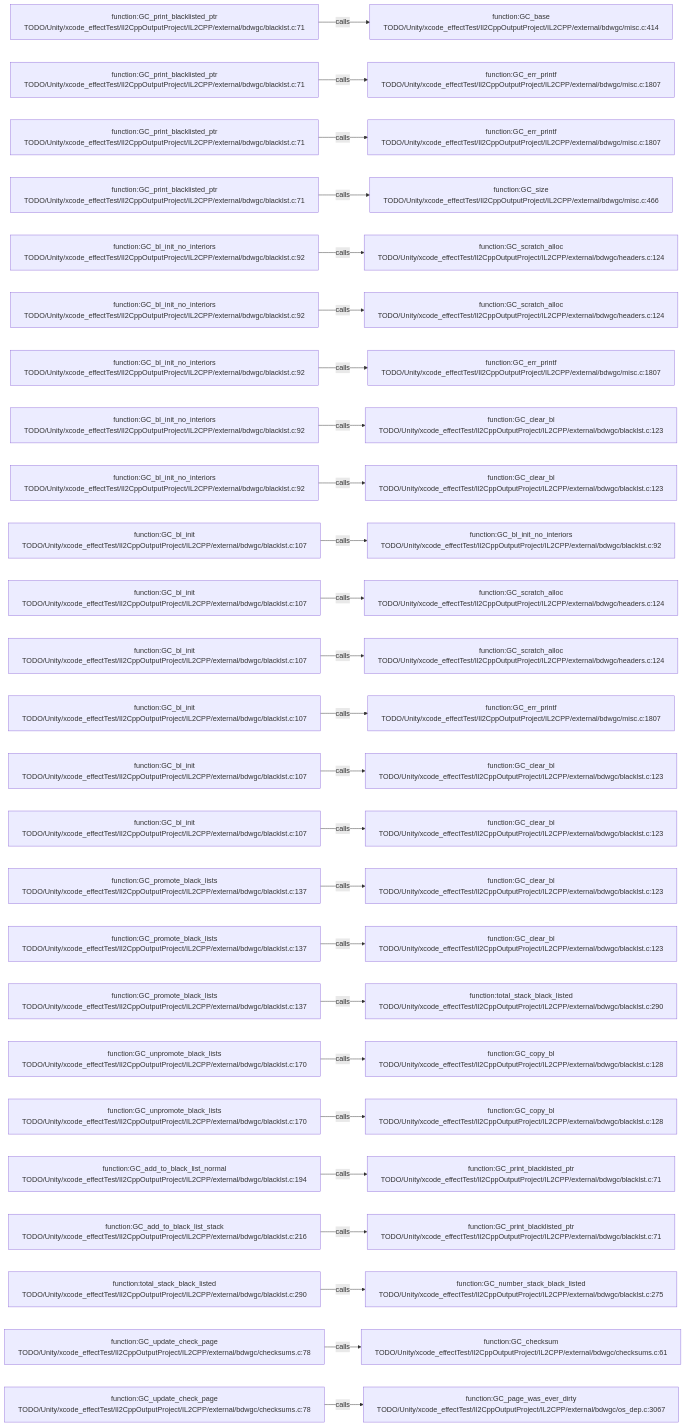
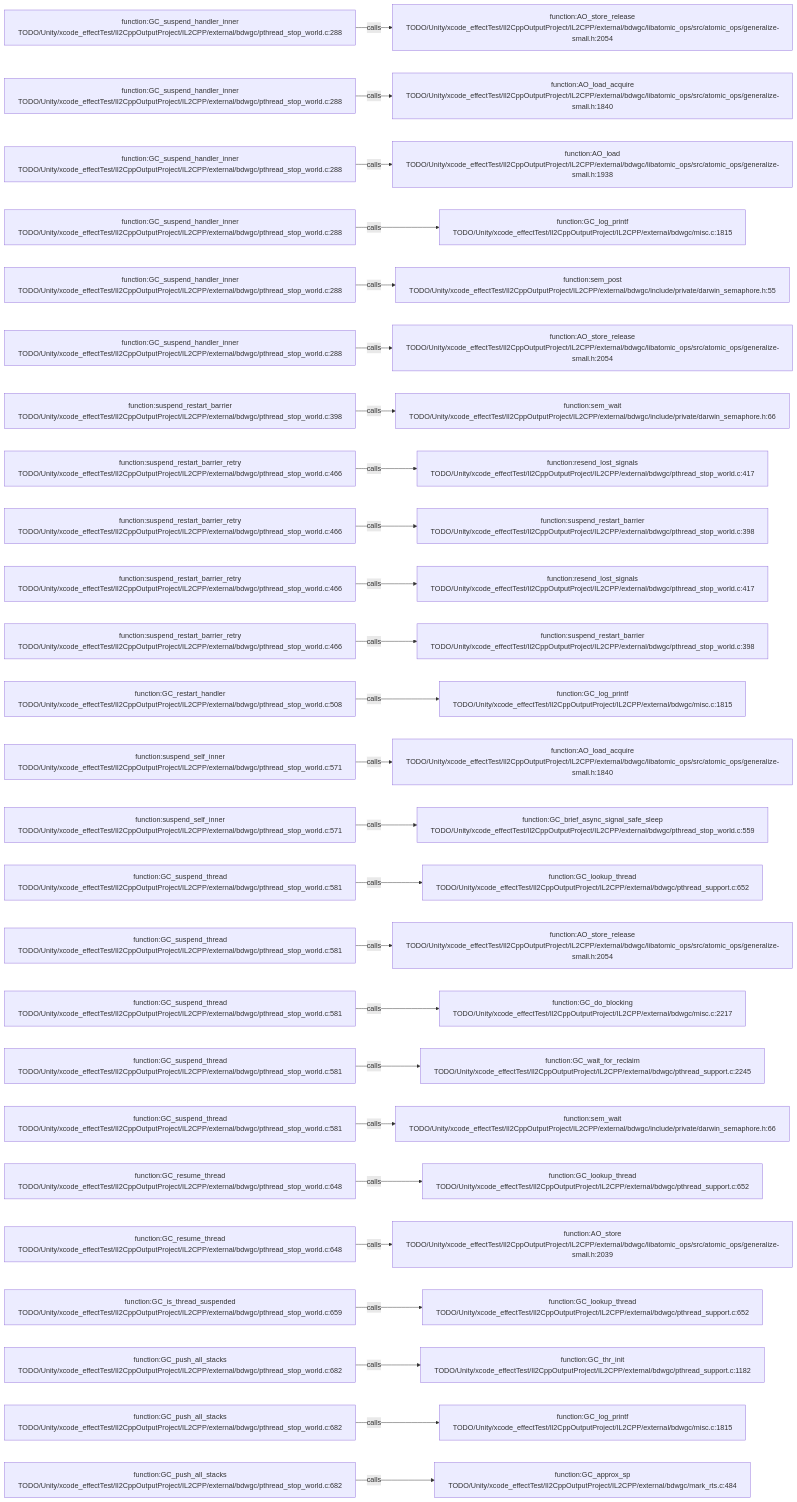
Before and after one commit to JobsKits/JobsSwiftBaseConfigDemo: the diagram in .codegraph/codegraph.md/graphs/calls-149.md, drawn with Mermaid. The commit also changed 227 other files, not shown here.

````diff
--- a/.codegraph/codegraph.md/graphs/calls-149.md
+++ b/.codegraph/codegraph.md/graphs/calls-149.md
@@ -13,78 +13,78 @@
 ```mermaid
 flowchart LR
-  S1["function:GC_print_blacklisted_ptr<br/>TODO/Unity/xcode_effectTest/Il2CppOutputProject/IL2CPP/external/bdwgc/blacklst.c:71"]
-  T1["function:GC_base<br/>TODO/Unity/xcode_effectTest/Il2CppOutputProject/IL2CPP/external/bdwgc/misc.c:414"]
+  S1["function:GC_suspend_handler_inner<br/>TODO/Unity/xcode_effectTest/Il2CppOutputProject/IL2CPP/external/bdwgc/pthread_stop_world.c:288"]
+  T1["function:AO_store_release<br/>TODO/Unity/xcode_effectTest/Il2CppOutputProject/IL2CPP/external/bdwgc/libatomic_ops/src/atomic_ops/generalize-small.h:2054"]
   S1 -->|calls| T1
-  S2["function:GC_print_blacklisted_ptr<br/>TODO/Unity/xcode_effectTest/Il2CppOutputProject/IL2CPP/external/bdwgc/blacklst.c:71"]
-  T2["function:GC_err_printf<br/>TODO/Unity/xcode_effectTest/Il2CppOutputProject/IL2CPP/external/bdwgc/misc.c:1807"]
+  S2["function:GC_suspend_handler_inner<br/>TODO/Unity/xcode_effectTest/Il2CppOutputProject/IL2CPP/external/bdwgc/pthread_stop_world.c:288"]
+  T2["function:AO_load_acquire<br/>TODO/Unity/xcode_effectTest/Il2CppOutputProject/IL2CPP/external/bdwgc/libatomic_ops/src/atomic_ops/generalize-small.h:1840"]
   S2 -->|calls| T2
-  S3["function:GC_print_blacklisted_ptr<br/>TODO/Unity/xcode_effectTest/Il2CppOutputProject/IL2CPP/external/bdwgc/blacklst.c:71"]
-  T3["function:GC_err_printf<br/>TODO/Unity/xcode_effectTest/Il2CppOutputProject/IL2CPP/external/bdwgc/misc.c:1807"]
+  S3["function:GC_suspend_handler_inner<br/>TODO/Unity/xcode_effectTest/Il2CppOutputProject/IL2CPP/external/bdwgc/pthread_stop_world.c:288"]
+  T3["function:AO_load<br/>TODO/Unity/xcode_effectTest/Il2CppOutputProject/IL2CPP/external/bdwgc/libatomic_ops/src/atomic_ops/generalize-small.h:1938"]
   S3 -->|calls| T3
-  S4["function:GC_print_blacklisted_ptr<br/>TODO/Unity/xcode_effectTest/Il2CppOutputProject/IL2CPP/external/bdwgc/blacklst.c:71"]
-  T4["function:GC_size<br/>TODO/Unity/xcode_effectTest/Il2CppOutputProject/IL2CPP/external/bdwgc/misc.c:466"]
+  S4["function:GC_suspend_handler_inner<br/>TODO/Unity/xcode_effectTest/Il2CppOutputProject/IL2CPP/external/bdwgc/pthread_stop_world.c:288"]
+  T4["function:GC_log_printf<br/>TODO/Unity/xcode_effectTest/Il2CppOutputProject/IL2CPP/external/bdwgc/misc.c:1815"]
   S4 -->|calls| T4
-  S5["function:GC_bl_init_no_interiors<br/>TODO/Unity/xcode_effectTest/Il2CppOutputProject/IL2CPP/external/bdwgc/blacklst.c:92"]
-  T5["function:GC_scratch_alloc<br/>TODO/Unity/xcode_effectTest/Il2CppOutputProject/IL2CPP/external/bdwgc/headers.c:124"]
+  S5["function:GC_suspend_handler_inner<br/>TODO/Unity/xcode_effectTest/Il2CppOutputProject/IL2CPP/external/bdwgc/pthread_stop_world.c:288"]
+  T5["function:sem_post<br/>TODO/Unity/xcode_effectTest/Il2CppOutputProject/IL2CPP/external/bdwgc/include/private/darwin_semaphore.h:55"]
   S5 -->|calls| T5
-  S6["function:GC_bl_init_no_interiors<br/>TODO/Unity/xcode_effectTest/Il2CppOutputProject/IL2CPP/external/bdwgc/blacklst.c:92"]
-  T6["function:GC_scratch_alloc<br/>TODO/Unity/xcode_effectTest/Il2CppOutputProject/IL2CPP/external/bdwgc/headers.c:124"]
+  S6["function:GC_suspend_handler_inner<br/>TODO/Unity/xcode_effectTest/Il2CppOutputProject/IL2CPP/external/bdwgc/pthread_stop_world.c:288"]
+  T6["function:AO_store_release<br/>TODO/Unity/xcode_effectTest/Il2CppOutputProject/IL2CPP/external/bdwgc/libatomic_ops/src/atomic_ops/generalize-small.h:2054"]
   S6 -->|calls| T6
-  S7["function:GC_bl_init_no_interiors<br/>TODO/Unity/xcode_effectTest/Il2CppOutputProject/IL2CPP/external/bdwgc/blacklst.c:92"]
-  T7["function:GC_err_printf<br/>TODO/Unity/xcode_effectTest/Il2CppOutputProject/IL2CPP/external/bdwgc/misc.c:1807"]
+  S7["function:suspend_restart_barrier<br/>TODO/Unity/xcode_effectTest/Il2CppOutputProject/IL2CPP/external/bdwgc/pthread_stop_world.c:398"]
+  T7["function:sem_wait<br/>TODO/Unity/xcode_effectTest/Il2CppOutputProject/IL2CPP/external/bdwgc/include/private/darwin_semaphore.h:66"]
   S7 -->|calls| T7
-  S8["function:GC_bl_init_no_interiors<br/>TODO/Unity/xcode_effectTest/Il2CppOutputProject/IL2CPP/external/bdwgc/blacklst.c:92"]
-  T8["function:GC_clear_bl<br/>TODO/Unity/xcode_effectTest/Il2CppOutputProject/IL2CPP/external/bdwgc/blacklst.c:123"]
+  S8["function:suspend_restart_barrier_retry<br/>TODO/Unity/xcode_effectTest/Il2CppOutputProject/IL2CPP/external/bdwgc/pthread_stop_world.c:466"]
+  T8["function:resend_lost_signals<br/>TODO/Unity/xcode_effectTest/Il2CppOutputProject/IL2CPP/external/bdwgc/pthread_stop_world.c:417"]
   S8 -->|calls| T8
-  S9["function:GC_bl_init_no_interiors<br/>TODO/Unity/xcode_effectTest/Il2CppOutputProject/IL2CPP/external/bdwgc/blacklst.c:92"]
-  T9["function:GC_clear_bl<br/>TODO/Unity/xcode_effectTest/Il2CppOutputProject/IL2CPP/external/bdwgc/blacklst.c:123"]
+  S9["function:suspend_restart_barrier_retry<br/>TODO/Unity/xcode_effectTest/Il2CppOutputProject/IL2CPP/external/bdwgc/pthread_stop_world.c:466"]
+  T9["function:suspend_restart_barrier<br/>TODO/Unity/xcode_effectTest/Il2CppOutputProject/IL2CPP/external/bdwgc/pthread_stop_world.c:398"]
   S9 -->|calls| T9
-  S10["function:GC_bl_init<br/>TODO/Unity/xcode_effectTest/Il2CppOutputProject/IL2CPP/external/bdwgc/blacklst.c:107"]
-  T10["function:GC_bl_init_no_interiors<br/>TODO/Unity/xcode_effectTest/Il2CppOutputProject/IL2CPP/external/bdwgc/blacklst.c:92"]
+  S10["function:suspend_restart_barrier_retry<br/>TODO/Unity/xcode_effectTest/Il2CppOutputProject/IL2CPP/external/bdwgc/pthread_stop_world.c:466"]
+  T10["function:resend_lost_signals<br/>TODO/Unity/xcode_effectTest/Il2CppOutputProject/IL2CPP/external/bdwgc/pthread_stop_world.c:417"]
   S10 -->|calls| T10
-  S11["function:GC_bl_init<br/>TODO/Unity/xcode_effectTest/Il2CppOutputProject/IL2CPP/external/bdwgc/blacklst.c:107"]
-  T11["function:GC_scratch_alloc<br/>TODO/Unity/xcode_effectTest/Il2CppOutputProject/IL2CPP/external/bdwgc/headers.c:124"]
+  S11["function:suspend_restart_barrier_retry<br/>TODO/Unity/xcode_effectTest/Il2CppOutputProject/IL2CPP/external/bdwgc/pthread_stop_world.c:466"]
+  T11["function:suspend_restart_barrier<br/>TODO/Unity/xcode_effectTest/Il2CppOutputProject/IL2CPP/external/bdwgc/pthread_stop_world.c:398"]
   S11 -->|calls| T11
-  S12["function:GC_bl_init<br/>TODO/Unity/xcode_effectTest/Il2CppOutputProject/IL2CPP/external/bdwgc/blacklst.c:107"]
-  T12["function:GC_scratch_alloc<br/>TODO/Unity/xcode_effectTest/Il2CppOutputProject/IL2CPP/external/bdwgc/headers.c:124"]
+  S12["function:GC_restart_handler<br/>TODO/Unity/xcode_effectTest/Il2CppOutputProject/IL2CPP/external/bdwgc/pthread_stop_world.c:508"]
+  T12["function:GC_log_printf<br/>TODO/Unity/xcode_effectTest/Il2CppOutputProject/IL2CPP/external/bdwgc/misc.c:1815"]
   S12 -->|calls| T12
-  S13["function:GC_bl_init<br/>TODO/Unity/xcode_effectTest/Il2CppOutputProject/IL2CPP/external/bdwgc/blacklst.c:107"]
-  T13["function:GC_err_printf<br/>TODO/Unity/xcode_effectTest/Il2CppOutputProject/IL2CPP/external/bdwgc/misc.c:1807"]
+  S13["function:suspend_self_inner<br/>TODO/Unity/xcode_effectTest/Il2CppOutputProject/IL2CPP/external/bdwgc/pthread_stop_world.c:571"]
+  T13["function:AO_load_acquire<br/>TODO/Unity/xcode_effectTest/Il2CppOutputProject/IL2CPP/external/bdwgc/libatomic_ops/src/atomic_ops/generalize-small.h:1840"]
   S13 -->|calls| T13
-  S14["function:GC_bl_init<br/>TODO/Unity/xcode_effectTest/Il2CppOutputProject/IL2CPP/external/bdwgc/blacklst.c:107"]
-  T14["function:GC_clear_bl<br/>TODO/Unity/xcode_effectTest/Il2CppOutputProject/IL2CPP/external/bdwgc/blacklst.c:123"]
+  S14["function:suspend_self_inner<br/>TODO/Unity/xcode_effectTest/Il2CppOutputProject/IL2CPP/external/bdwgc/pthread_stop_world.c:571"]
+  T14["function:GC_brief_async_signal_safe_sleep<br/>TODO/Unity/xcode_effectTest/Il2CppOutputProject/IL2CPP/external/bdwgc/pthread_stop_world.c:559"]
   S14 -->|calls| T14
-  S15["function:GC_bl_init<br/>TODO/Unity/xcode_effectTest/Il2CppOutputProject/IL2CPP/external/bdwgc/blacklst.c:107"]
-  T15["function:GC_clear_bl<br/>TODO/Unity/xcode_effectTest/Il2CppOutputProject/IL2CPP/external/bdwgc/blacklst.c:123"]
+  S15["function:GC_suspend_thread<br/>TODO/Unity/xcode_effectTest/Il2CppOutputProject/IL2CPP/external/bdwgc/pthread_stop_world.c:581"]
+  T15["function:GC_lookup_thread<br/>TODO/Unity/xcode_effectTest/Il2CppOutputProject/IL2CPP/external/bdwgc/pthread_support.c:652"]
   S15 -->|calls| T15
-  S16["function:GC_promote_black_lists<br/>TODO/Unity/xcode_effectTest/Il2CppOutputProject/IL2CPP/external/bdwgc/blacklst.c:137"]
-  T16["function:GC_clear_bl<br/>TODO/Unity/xcode_effectTest/Il2CppOutputProject/IL2CPP/external/bdwgc/blacklst.c:123"]
+  S16["function:GC_suspend_thread<br/>TODO/Unity/xcode_effectTest/Il2CppOutputProject/IL2CPP/external/bdwgc/pthread_stop_world.c:581"]
+  T16["function:AO_store_release<br/>TODO/Unity/xcode_effectTest/Il2CppOutputProject/IL2CPP/external/bdwgc/libatomic_ops/src/atomic_ops/generalize-small.h:2054"]
   S16 -->|calls| T16
-  S17["function:GC_promote_black_lists<br/>TODO/Unity/xcode_effectTest/Il2CppOutputProject/IL2CPP/external/bdwgc/blacklst.c:137"]
-  T17["function:GC_clear_bl<br/>TODO/Unity/xcode_effectTest/Il2CppOutputProject/IL2CPP/external/bdwgc/blacklst.c:123"]
+  S17["function:GC_suspend_thread<br/>TODO/Unity/xcode_effectTest/Il2CppOutputProject/IL2CPP/external/bdwgc/pthread_stop_world.c:581"]
+  T17["function:GC_do_blocking<br/>TODO/Unity/xcode_effectTest/Il2CppOutputProject/IL2CPP/external/bdwgc/misc.c:2217"]
   S17 -->|calls| T17
-  S18["function:GC_promote_black_lists<br/>TODO/Unity/xcode_effectTest/Il2CppOutputProject/IL2CPP/external/bdwgc/blacklst.c:137"]
-  T18["function:total_stack_black_listed<br/>TODO/Unity/xcode_effectTest/Il2CppOutputProject/IL2CPP/external/bdwgc/blacklst.c:290"]
+  S18["function:GC_suspend_thread<br/>TODO/Unity/xcode_effectTest/Il2CppOutputProject/IL2CPP/external/bdwgc/pthread_stop_world.c:581"]
+  T18["function:GC_wait_for_reclaim<br/>TODO/Unity/xcode_effectTest/Il2CppOutputProject/IL2CPP/external/bdwgc/pthread_support.c:2245"]
   S18 -->|calls| T18
-  S19["function:GC_unpromote_black_lists<br/>TODO/Unity/xcode_effectTest/Il2CppOutputProject/IL2CPP/external/bdwgc/blacklst.c:170"]
-  T19["function:GC_copy_bl<br/>TODO/Unity/xcode_effectTest/Il2CppOutputProject/IL2CPP/external/bdwgc/blacklst.c:128"]
+  S19["function:GC_suspend_thread<br/>TODO/Unity/xcode_effectTest/Il2CppOutputProject/IL2CPP/external/bdwgc/pthread_stop_world.c:581"]
+  T19["function:sem_wait<br/>TODO/Unity/xcode_effectTest/Il2CppOutputProject/IL2CPP/external/bdwgc/include/private/darwin_semaphore.h:66"]
   S19 -->|calls| T19
-  S20["function:GC_unpromote_black_lists<br/>TODO/Unity/xcode_effectTest/Il2CppOutputProject/IL2CPP/external/bdwgc/blacklst.c:170"]
-  T20["function:GC_copy_bl<br/>TODO/Unity/xcode_effectTest/Il2CppOutputProject/IL2CPP/external/bdwgc/blacklst.c:128"]
+  S20["function:GC_resume_thread<br/>TODO/Unity/xcode_effectTest/Il2CppOutputProject/IL2CPP/external/bdwgc/pthread_stop_world.c:648"]
+  T20["function:GC_lookup_thread<br/>TODO/Unity/xcode_effectTest/Il2CppOutputProject/IL2CPP/external/bdwgc/pthread_support.c:652"]
   S20 -->|calls| T20
-  S21["function:GC_add_to_black_list_normal<br/>TODO/Unity/xcode_effectTest/Il2CppOutputProject/IL2CPP/external/bdwgc/blacklst.c:194"]
-  T21["function:GC_print_blacklisted_ptr<br/>TODO/Unity/xcode_effectTest/Il2CppOutputProject/IL2CPP/external/bdwgc/blacklst.c:71"]
+  S21["function:GC_resume_thread<br/>TODO/Unity/xcode_effectTest/Il2CppOutputProject/IL2CPP/external/bdwgc/pthread_stop_world.c:648"]
+  T21["function:AO_store<br/>TODO/Unity/xcode_effectTest/Il2CppOutputProject/IL2CPP/external/bdwgc/libatomic_ops/src/atomic_ops/generalize-small.h:2039"]
   S21 -->|calls| T21
-  S22["function:GC_add_to_black_list_stack<br/>TODO/Unity/xcode_effectTest/Il2CppOutputProject/IL2CPP/external/bdwgc/blacklst.c:216"]
-  T22["function:GC_print_blacklisted_ptr<br/>TODO/Unity/xcode_effectTest/Il2CppOutputProject/IL2CPP/external/bdwgc/blacklst.c:71"]
+  S22["function:GC_is_thread_suspended<br/>TODO/Unity/xcode_effectTest/Il2CppOutputProject/IL2CPP/external/bdwgc/pthread_stop_world.c:659"]
+  T22["function:GC_lookup_thread<br/>TODO/Unity/xcode_effectTest/Il2CppOutputProject/IL2CPP/external/bdwgc/pthread_support.c:652"]
   S22 -->|calls| T22
-  S23["function:total_stack_black_listed<br/>TODO/Unity/xcode_effectTest/Il2CppOutputProject/IL2CPP/external/bdwgc/blacklst.c:290"]
-  T23["function:GC_number_stack_black_listed<br/>TODO/Unity/xcode_effectTest/Il2CppOutputProject/IL2CPP/external/bdwgc/blacklst.c:275"]
+  S23["function:GC_push_all_stacks<br/>TODO/Unity/xcode_effectTest/Il2CppOutputProject/IL2CPP/external/bdwgc/pthread_stop_world.c:682"]
+  T23["function:GC_thr_init<br/>TODO/Unity/xcode_effectTest/Il2CppOutputProject/IL2CPP/external/bdwgc/pthread_support.c:1182"]
   S23 -->|calls| T23
-  S24["function:GC_update_check_page<br/>TODO/Unity/xcode_effectTest/Il2CppOutputProject/IL2CPP/external/bdwgc/checksums.c:78"]
-  T24["function:GC_checksum<br/>TODO/Unity/xcode_effectTest/Il2CppOutputProject/IL2CPP/external/bdwgc/checksums.c:61"]
+  S24["function:GC_push_all_stacks<br/>TODO/Unity/xcode_effectTest/Il2CppOutputProject/IL2CPP/external/bdwgc/pthread_stop_world.c:682"]
+  T24["function:GC_log_printf<br/>TODO/Unity/xcode_effectTest/Il2CppOutputProject/IL2CPP/external/bdwgc/misc.c:1815"]
   S24 -->|calls| T24
-  S25["function:GC_update_check_page<br/>TODO/Unity/xcode_effectTest/Il2CppOutputProject/IL2CPP/external/bdwgc/checksums.c:78"]
-  T25["function:GC_page_was_ever_dirty<br/>TODO/Unity/xcode_effectTest/Il2CppOutputProject/IL2CPP/external/bdwgc/os_dep.c:3067"]
+  S25["function:GC_push_all_stacks<br/>TODO/Unity/xcode_effectTest/Il2CppOutputProject/IL2CPP/external/bdwgc/pthread_stop_world.c:682"]
+  T25["function:GC_approx_sp<br/>TODO/Unity/xcode_effectTest/Il2CppOutputProject/IL2CPP/external/bdwgc/mark_rts.c:484"]
   S25 -->|calls| T25
 ```
````
